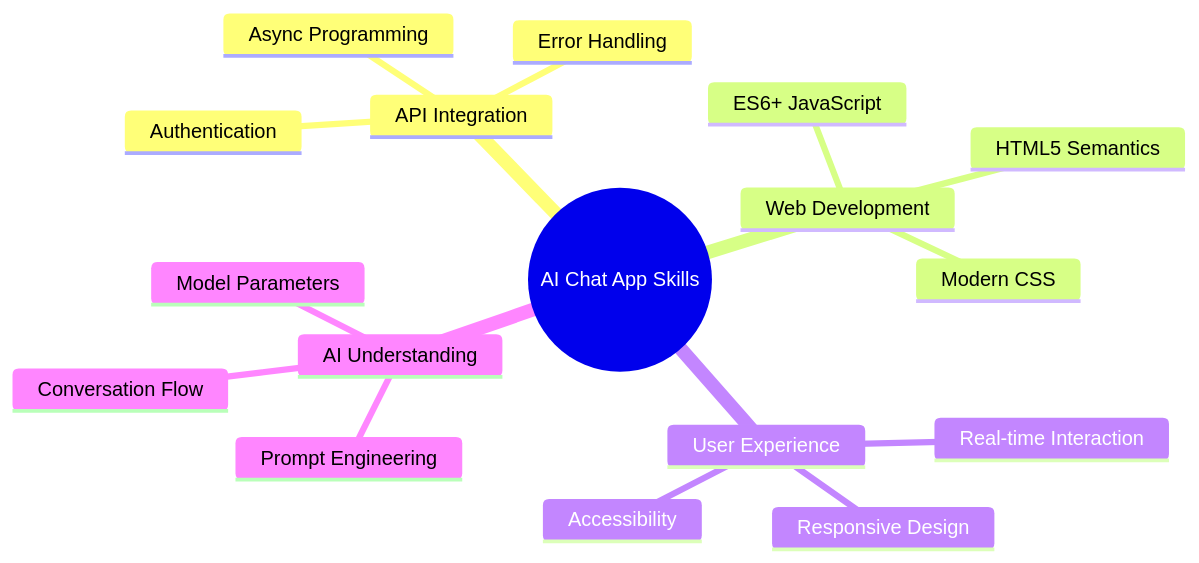
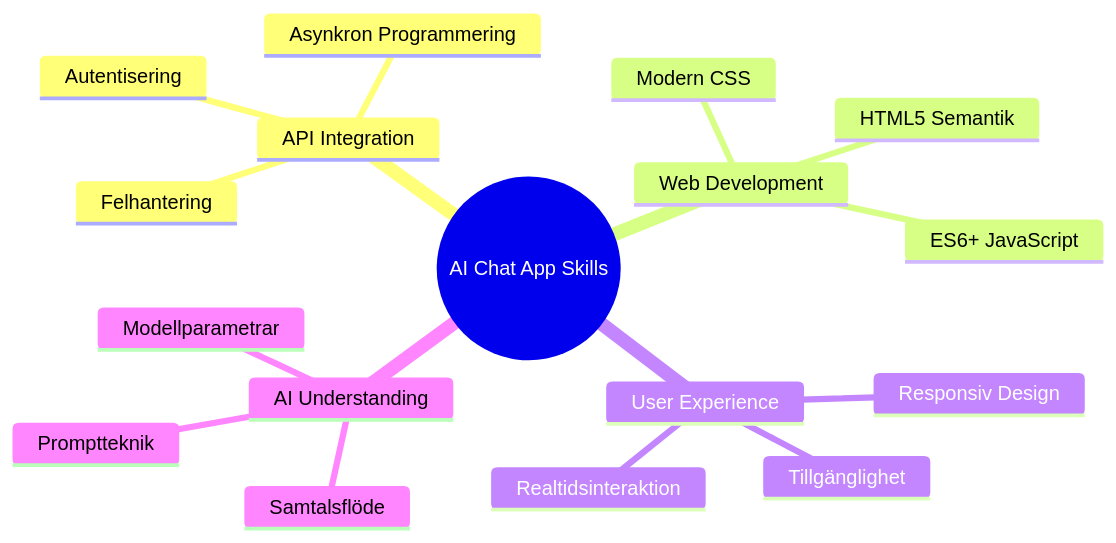
Before and after one commit to microsoft/Web-Dev-For-Beginners: diagram 14 of 14 in translations/sv/9-chat-project/README.md, drawn with Mermaid. The commit also changed other lines of this file and 99 other files, not shown here.

````diff
--- a/translations/sv/9-chat-project/README.md
+++ b/translations/sv/9-chat-project/README.md
@@ -2043,20 +2297,20 @@
 ```mermaid
 mindmap
   root((AI Chat App Skills))
     API Integration
-      Authentication
-      Error Handling
-      Async Programming
+      Autentisering
+      Felhantering
+      Asynkron Programmering
     Web Development
-      HTML5 Semantics
+      HTML5 Semantik
       Modern CSS
       ES6+ JavaScript
     User Experience
-      Responsive Design
-      Accessibility
-      Real-time Interaction
+      Responsiv Design
+      Tillgänglighet
+      Realtidsinteraktion
     AI Understanding
-      Prompt Engineering
-      Model Parameters
-      Conversation Flow
+      Promptteknik
+      Modellparametrar
+      Samtalsflöde
 ```
````
